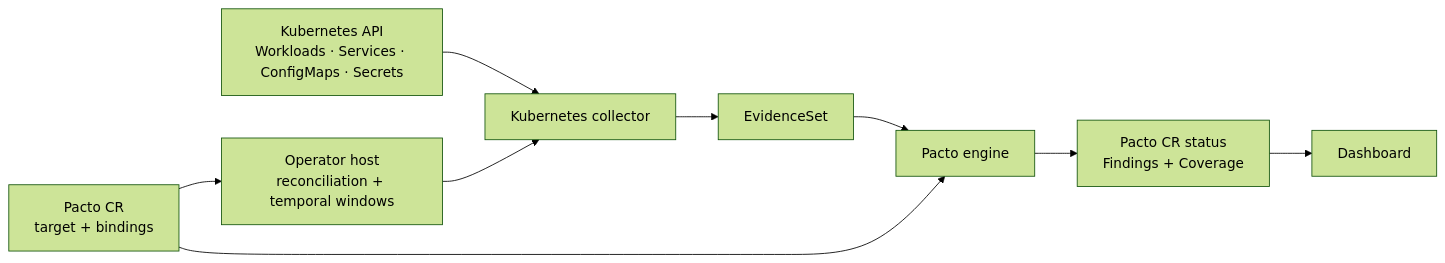
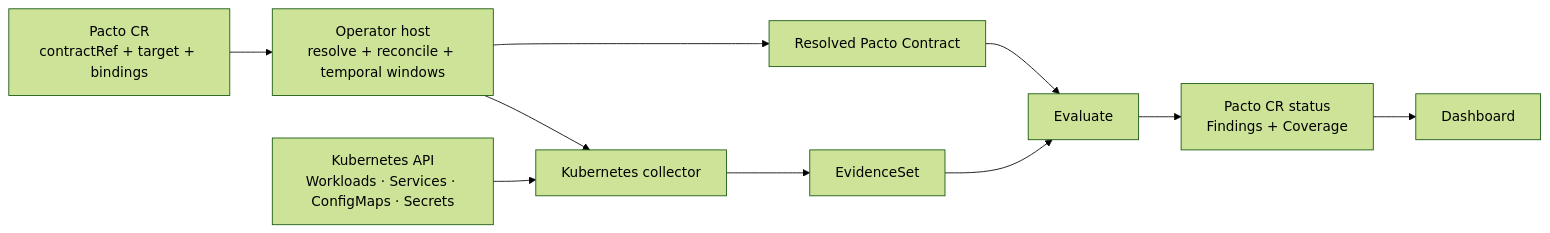
One commit to TrianaLab/pacto changed the third of 3 diagrams in docs/collectors.md. Above: the diagram before and after it, drawn with Mermaid (forest theme). The commit also changed other lines of this file and 4 other files, not shown here.

````diff
--- a/docs/collectors.md
+++ b/docs/collectors.md
@@ -80,20 +80,22 @@
 ```mermaid
 flowchart LR
-    CR["Pacto CR<br/>target + bindings"]
+    CR["Pacto CR<br/>contractRef + target + bindings"]
+    HOST["Operator host<br/>resolve + reconcile + temporal windows"]
+    CONTRACT["Resolved Pacto Contract"]
     K8S["Kubernetes API<br/>Workloads · Services · ConfigMaps · Secrets"]
-    OBS["Kubernetes collector"]
-    WIN["Operator host<br/>reconciliation + temporal windows"]
-    E["EvidenceSet"]
-    CORE["Pacto engine"]
+    COLLECTOR["Kubernetes collector"]
+    EVIDENCE["EvidenceSet"]
+    ENGINE["Evaluate"]
     STATUS["Pacto CR status<br/>Findings + Coverage"]
     DASH["Dashboard"]
 
-    CR --> WIN
-    K8S --> OBS
-    WIN --> OBS
-    OBS --> E
-    E --> CORE
-    CR --> CORE
-    CORE --> STATUS
+    CR --> HOST
+    HOST --> CONTRACT
+    HOST --> COLLECTOR
+    K8S --> COLLECTOR
+    COLLECTOR --> EVIDENCE
+    CONTRACT --> ENGINE
+    EVIDENCE --> ENGINE
+    ENGINE --> STATUS
     STATUS --> DASH
 ```
````
